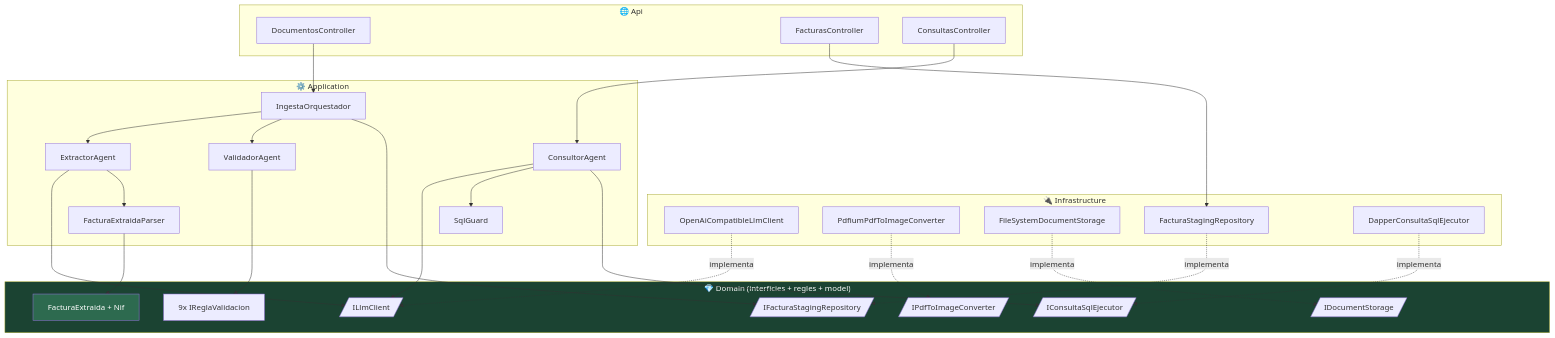
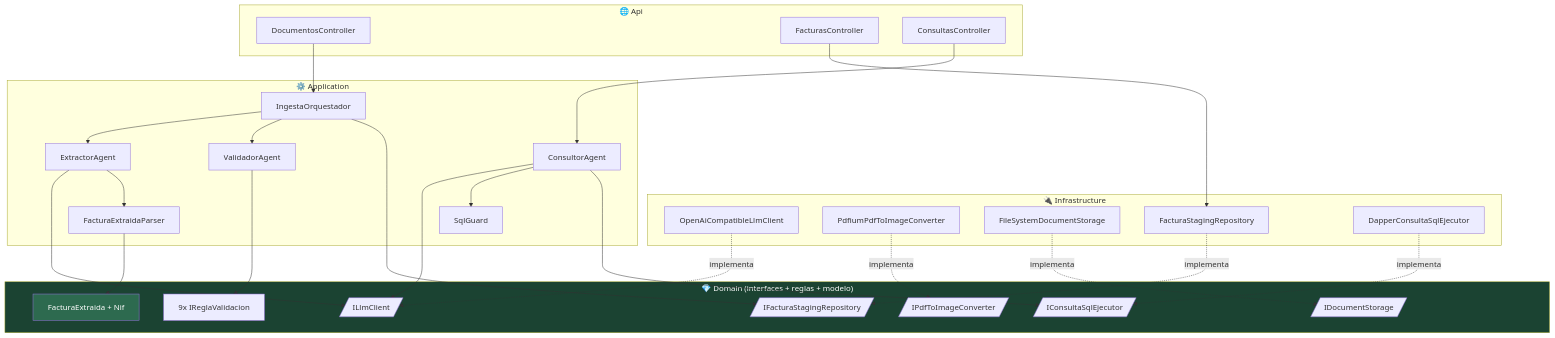
The second of 3 diagrams in docs/arquitectura.md (eric270992/Backend_ClasificadorExtractorDocumentos), drawn with Mermaid before and after one commit. The commit also changed other lines of this file and 3 other files, not shown here.

````diff
--- a/docs/arquitectura.md
+++ b/docs/arquitectura.md
@@ -404,59 +404,59 @@
 ```mermaid
 graph TD
     subgraph API["🌐 Api"]
         DC[DocumentosController]
         FC[FacturasController]
         CC[ConsultasController]
     end
 
     subgraph APP["⚙️ Application"]
         ORQ[IngestaOrquestador]
         EXT[ExtractorAgent]
         VAL[ValidadorAgent]
         CON[ConsultorAgent]
         GUARD[SqlGuard]
         PARSER[FacturaExtraidaParser]
     end
 
-    subgraph DOM["💎 Domain (interfícies + regles + model)"]
+    subgraph DOM["💎 Domain (interfaces + reglas + modelo)"]
         ILLM[/ILlmClient/]
         IPDF[/IPdfToImageConverter/]
         ISTORE[/IDocumentStorage/]
         IREPO[/IFacturaStagingRepository/]
         ISQL[/IConsultaSqlEjecutor/]
         REGLAS[9x IReglaValidacion]
         FE[FacturaExtraida + Nif]
     end
 
     subgraph INF["🔌 Infrastructure"]
         LLMC[OpenAiCompatibleLlmClient]
         PDFC[PdfiumPdfToImageConverter]
         STORE[FileSystemDocumentStorage]
         REPO[FacturaStagingRepository]
         DAPPER[DapperConsultaSqlEjecutor]
     end
 
     DC --> ORQ
     FC --> REPO
     CC --> CON
 
     ORQ --> EXT
     ORQ --> VAL
     ORQ --> IREPO
     EXT --> ILLM
     EXT --> PARSER
     PARSER --> FE
     VAL --> REGLAS
     CON --> ILLM
     CON --> GUARD
     CON --> ISQL
 
     LLMC -.implementa.-> ILLM
     PDFC -.implementa.-> IPDF
     STORE -.implementa.-> ISTORE
     REPO -.implementa.-> IREPO
     DAPPER -.implementa.-> ISQL
 
     style DOM fill:#1b4332,color:#fff
     style FE fill:#2d6a4f,color:#fff
 ```
````
